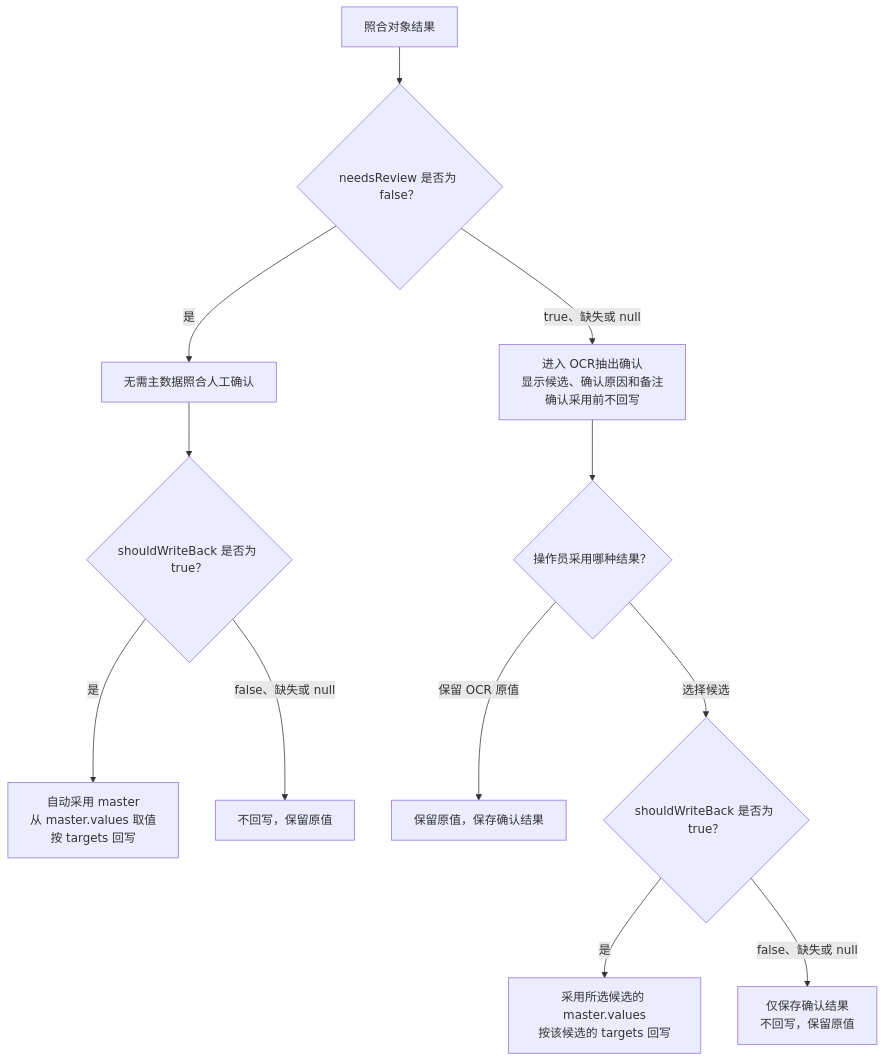
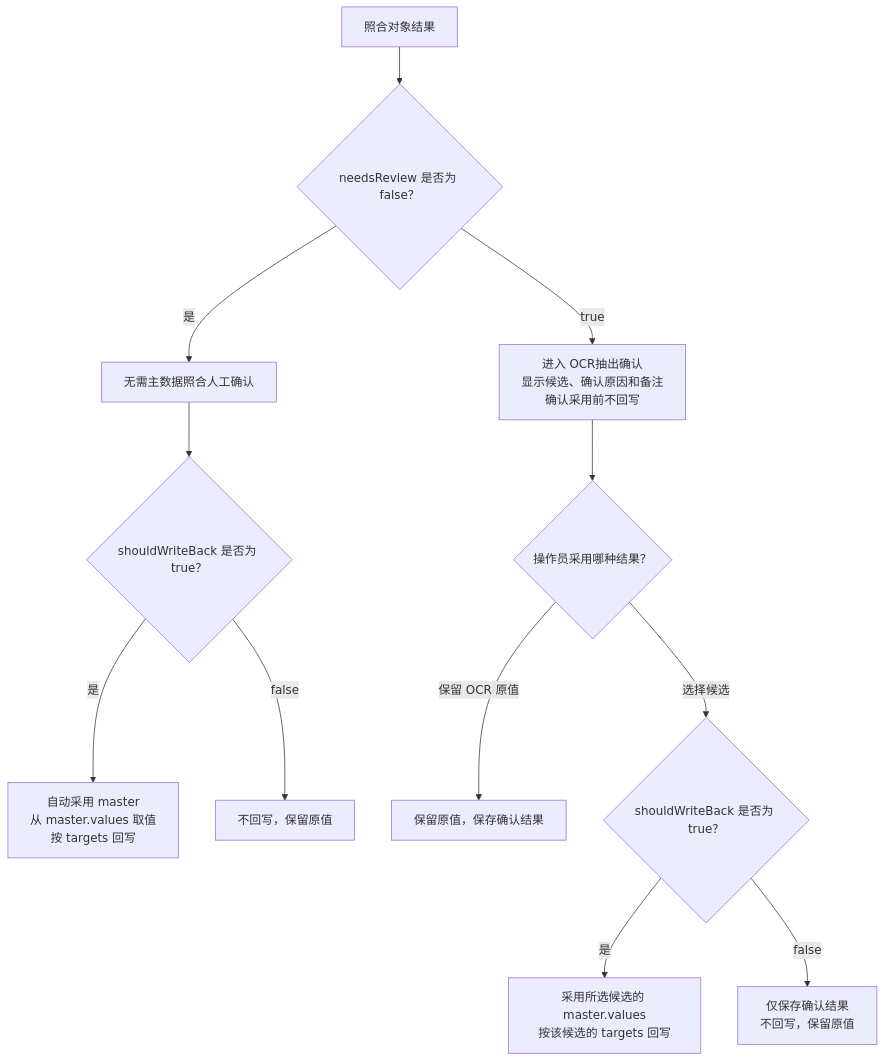
Before and after one commit to aruirage/IDP-Ph4-Master-Demo-PRD: the fourth of 4 diagrams in PRD.zh-CN.md, drawn with Mermaid. The commit also changed other lines of this file and 5 other files, not shown here.

````diff
--- a/PRD.zh-CN.md
+++ b/PRD.zh-CN.md
@@ -1466,14 +1466,14 @@
 ```mermaid
 flowchart TD
     A["照合对象结果"] --> B{"needsReview 是否为 false？"}
     B -->|是| C["无需主数据照合人工确认"]
     C --> D{"shouldWriteBack 是否为 true？"}
     D -->|是| E["自动采用 master<br/>从 master.values 取值<br/>按 targets 回写"]
-    D -->|false、缺失或 null| F["不回写，保留原值"]
-    B -->|true、缺失或 null| G["进入 OCR抽出确认<br/>显示候选、确认原因和备注<br/>确认采用前不回写"]
+    D -->|false| F["不回写，保留原值"]
+    B -->|true| G["进入 OCR抽出确认<br/>显示候选、确认原因和备注<br/>确认采用前不回写"]
     G --> H{"操作员采用哪种结果？"}
     H -->|保留 OCR 原值| I["保留原值，保存确认结果"]
     H -->|选择候选| J{"shouldWriteBack 是否为 true？"}
     J -->|是| K["采用所选候选的 master.values<br/>按该候选的 targets 回写"]
-    J -->|false、缺失或 null| L["仅保存确认结果<br/>不回写，保留原值"]
+    J -->|false| L["仅保存确认结果<br/>不回写，保留原值"]
 ```
````
